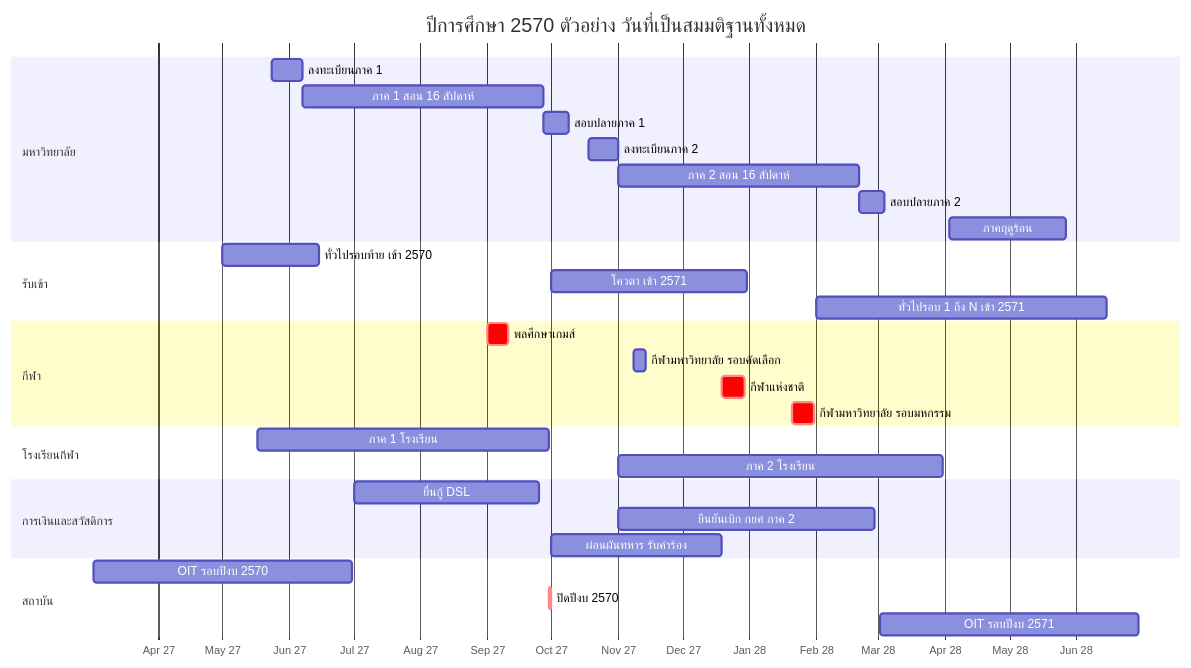
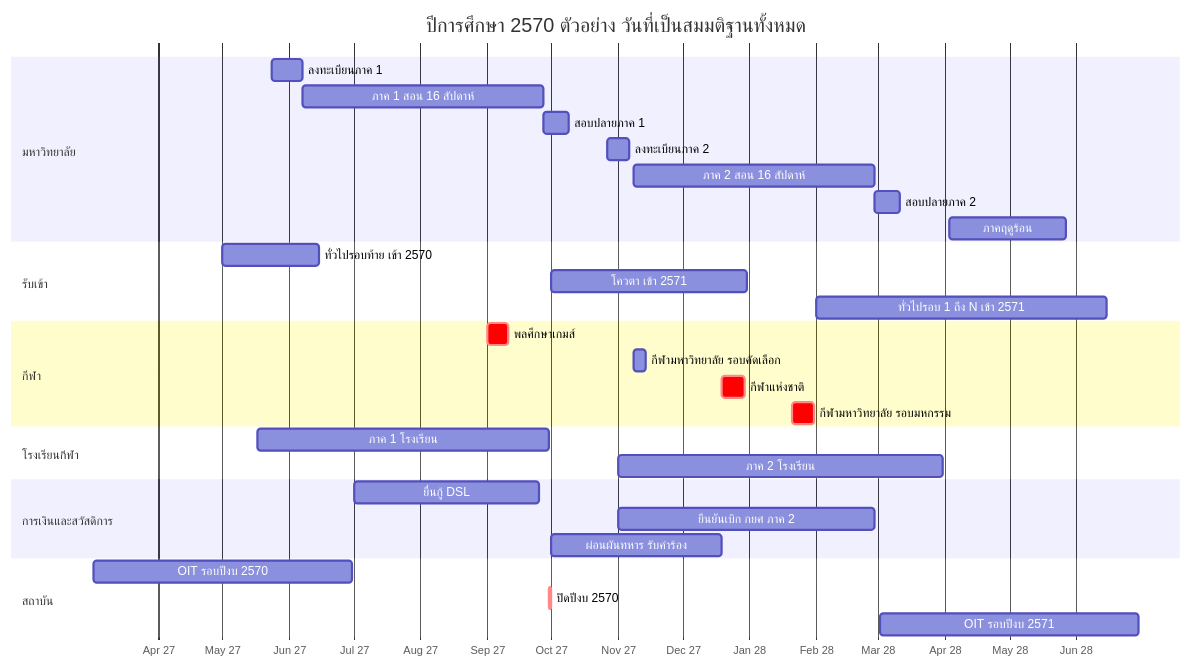
One commit to Ruttanachote/Ai changed the first of 3 diagrams in tnsu-system/docs/03-academic-calendar.md. Above: the diagram before and after it, drawn with Mermaid. The commit also changed other lines of this file and 2 other files, not shown here.

````diff
--- a/tnsu-system/docs/03-academic-calendar.md
+++ b/tnsu-system/docs/03-academic-calendar.md
@@ -57,34 +57,34 @@
 ```mermaid
 gantt
   title ปีการศึกษา 2570 ตัวอย่าง วันที่เป็นสมมติฐานทั้งหมด
   dateFormat YYYY-MM-DD
   axisFormat %b %y
   section มหาวิทยาลัย
   ลงทะเบียนภาค 1           :r1, 2027-05-24, 14d
   ภาค 1 สอน 16 สัปดาห์      :t1, 2027-06-07, 112d
   สอบปลายภาค 1             :e1, 2027-09-27, 12d
-  ลงทะเบียนภาค 2           :r2, 2027-10-18, 14d
-  ภาค 2 สอน 16 สัปดาห์      :t2, 2027-11-01, 112d
-  สอบปลายภาค 2             :e2, 2028-02-21, 12d
+  ลงทะเบียนภาค 2           :r2, 2027-10-27, 10d
+  ภาค 2 สอน 16 สัปดาห์      :t2, 2027-11-08, 112d
+  สอบปลายภาค 2             :e2, 2028-02-28, 12d
   ภาคฤดูร้อน               :s1, 2028-04-03, 54d
   section รับเข้า
   ทั่วไปรอบท้าย เข้า 2570    :a0, 2027-05-01, 2027-06-15
   โควตา เข้า 2571           :a1, 2027-10-01, 2027-12-31
   ทั่วไปรอบ 1 ถึง N เข้า 2571 :a2, 2028-02-01, 2028-06-15
   section กีฬา
   พลศึกษาเกมส์              :crit, g1, 2027-09-01, 10d
   กีฬามหาวิทยาลัย รอบคัดเลือก :g2, 2027-11-08, 6d
   กีฬาแห่งชาติ              :crit, g3, 2027-12-19, 11d
   กีฬามหาวิทยาลัย รอบมหกรรม   :crit, g4, 2028-01-21, 10d
   section โรงเรียนกีฬา
   ภาค 1 โรงเรียน            :ss1, 2027-05-17, 2027-09-30
   ภาค 2 โรงเรียน            :ss2, 2027-11-01, 2028-03-31
   section การเงินและสวัสดิการ
   ยื่นกู้ DSL                :l1, 2027-07-01, 2027-09-25
   ยืนยันเบิก กยศ ภาค 2        :l2, 2027-11-01, 2028-02-28
   ผ่อนผันทหาร รับคำร้อง      :m1, 2027-10-01, 2027-12-19
   section สถาบัน
   OIT รอบปีงบ 2570          :o1, 2027-03-02, 2027-06-30
   ปิดปีงบ 2570              :crit, f1, 2027-09-30, 1d
   OIT รอบปีงบ 2571          :o2, 2028-03-02, 2028-06-30
 ```
````
